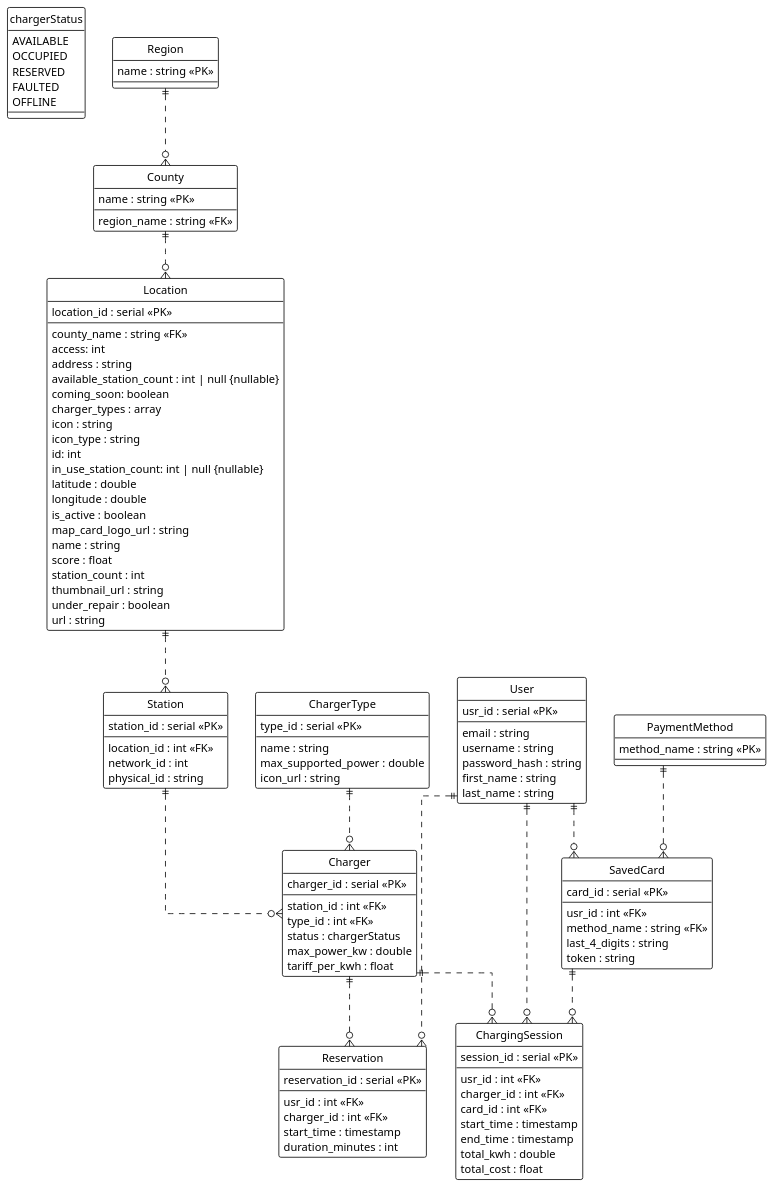
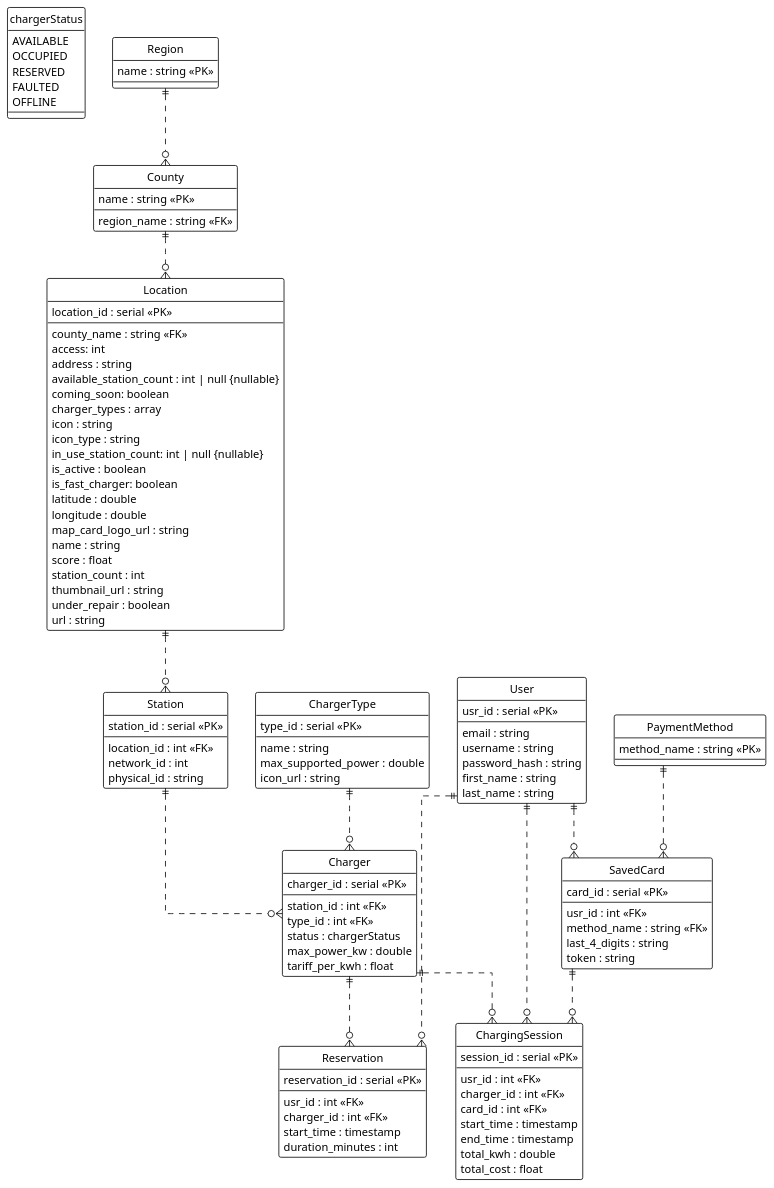
Before and after one commit to sotiriskavadakis/softeng25-42: the diagram in documentation/plantuml/code/ER.puml, drawn with PlantUML. The commit also changed 19 other files, not shown here.

Commit message:
Create DB schema using ORM in go

```diff
--- a/documentation/plantuml/code/ER.puml
+++ b/documentation/plantuml/code/ER.puml
@@ -1,151 +1,151 @@
 @startuml
 ' VISUAL STYLING
 !theme plain
 hide circle
 skinparam linetype ortho
 
 ' ENUMS
 enum chargerStatus {
   AVAILABLE
   OCCUPIED
   RESERVED
   FAULTED
   OFFLINE
 }
 
 ' --- GEOGRAPHY ---
 entity "Region" as region {
   name : string <<PK>>
 }
 
 entity "County" as county {
   name : string <<PK>>
   --
   region_name : string <<FK>>
 }
 
 ' --- INFRASTRUCTURE ---
 
 entity "Location" as location {
   ' Represents the parking lot / site
   location_id : serial <<PK>>
   --
   county_name : string <<FK>>
   access: int
   address : string
   available_station_count : int | null {nullable}
   coming_soon: boolean
   charger_types : array
   icon : string
   icon_type : string
-  id: int
   in_use_station_count: int | null {nullable}
+  is_active : boolean
+  is_fast_charger: boolean
   latitude : double
   longitude : double
-  is_active : boolean
   map_card_logo_url : string
   name : string
   score : float
   station_count : int
   thumbnail_url : string
   under_repair : boolean
   url : string
 }
 
 entity "Station" as station {
   ' Represents the physical EVSE box (e.g. The AC post or the DC cabinet)
   station_id : serial <<PK>>
   --
   location_id : int <<FK>>
   network_id : int
   physical_id : string
 }
 
 entity "ChargerType" as charger_type {
   ' LOOKUP TABLE: e.g. CCS2, Type 2, CHAdeMO
   type_id : serial <<PK>>
   --
   name : string
   max_supported_power : double
   icon_url : string
 }
 
 entity "Charger" as charger {
   ' The specific plug/outlet
   charger_id : serial <<PK>>
   --
   station_id : int <<FK>>
   type_id : int <<FK>>
   status : chargerStatus
   max_power_kw : double
   tariff_per_kwh : float
 }
 
 ' --- USERS & FINANCE ---
 
 entity "User" as usr {
   usr_id : serial <<PK>>
   --
   email : string
   username : string
   password_hash : string
   first_name : string
   last_name : string
 }
 
 entity "PaymentMethod" as pay_method {
   method_name : string <<PK>>
 }
 
 entity "SavedCard" as card {
   card_id : serial <<PK>>
   --
   usr_id : int <<FK>>
   method_name : string <<FK>>
   last_4_digits : string
   token : string
 }
 
 ' --- TRANSACTIONS ---
 
 entity "Reservation" as reservation {
   reservation_id : serial <<PK>>
   --
   usr_id : int <<FK>>
   charger_id : int <<FK>>
   start_time : timestamp
   duration_minutes : int
 }
 
 entity "ChargingSession" as session {
   session_id : serial <<PK>>
   --
   usr_id : int <<FK>>
   charger_id : int <<FK>>
   card_id : int <<FK>>
   start_time : timestamp
   end_time : timestamp
   total_kwh : double
   total_cost : float
 }
 
 ' --- RELATIONSHIPS ---
 
 region ||..o{ county
 county ||..o{ location
 
 location ||..o{ station
 station ||..o{ charger
 
 charger_type ||..o{ charger
 
 usr ||..o{ card
 pay_method ||..o{ card
 
 usr ||..o{ reservation
 charger ||..o{ reservation
 
 usr ||..o{ session
 charger ||..o{ session
 card ||..o{ session
 @enduml
```
